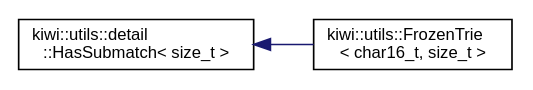
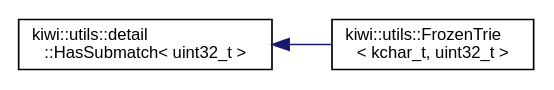
One commit to bab2min/Kiwi changed the diagram in inherit_graph_93.dot. Above: the diagram before and after it, drawn with Graphviz. The commit also changed 153 other files, not shown here.

```diff
--- a/inherit_graph_93.dot
+++ b/inherit_graph_93.dot
@@ -1,10 +1,10 @@
 digraph "Graphical Class Hierarchy"
 {
  // LATEX_PDF_SIZE
   edge [fontname="Helvetica",fontsize="10",labelfontname="Helvetica",labelfontsize="10"];
   node [fontname="Helvetica",fontsize="10",shape=record];
   rankdir="LR";
-  Node0 [label="kiwi::utils::detail\l::HasSubmatch\< size_t \>",height=0.2,width=0.4,color="black", fillcolor="white", style="filled",URL="$structkiwi_1_1utils_1_1detail_1_1HasSubmatch.html",tooltip=" "];
+  Node0 [label="kiwi::utils::detail\l::HasSubmatch\< uint32_t \>",height=0.2,width=0.4,color="black", fillcolor="white", style="filled",URL="$structkiwi_1_1utils_1_1detail_1_1HasSubmatch.html",tooltip=" "];
   Node0 -> Node1 [dir="back",color="midnightblue",fontsize="10",style="solid",fontname="Helvetica"];
-  Node1 [label="kiwi::utils::FrozenTrie\l\< char16_t, size_t \>",height=0.2,width=0.4,color="black", fillcolor="white", style="filled",URL="$classkiwi_1_1utils_1_1FrozenTrie.html",tooltip=" "];
+  Node1 [label="kiwi::utils::FrozenTrie\l\< kchar_t, uint32_t \>",height=0.2,width=0.4,color="black", fillcolor="white", style="filled",URL="$classkiwi_1_1utils_1_1FrozenTrie.html",tooltip=" "];
 }
```
